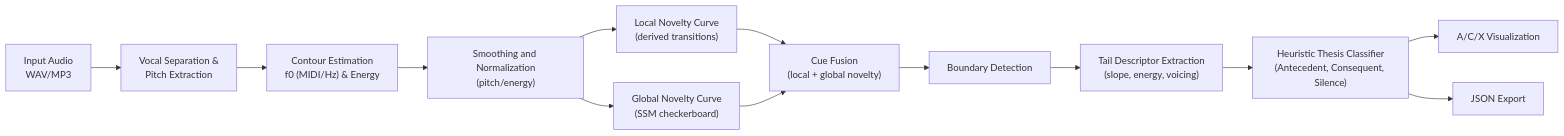
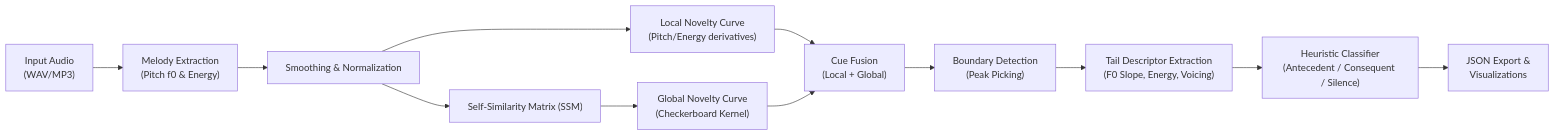
One commit to MarcoBrenis/MC-MSA changed the diagram in README.md. Above: the diagram before and after it, drawn with Mermaid. The commit also changed other lines of this file, not shown here.

Commit message:
Correct README flowchart stages and add detailed step-by-step descriptions

````diff
--- a/README.md
+++ b/README.md
@@ -240,15 +240,14 @@
 ```mermaid
 flowchart LR
-    A["Input Audio<br/>WAV/MP3"] --> B["Vocal Separation &<br/>Pitch Extraction"]
-    B --> C["Contour Estimation<br/>f0 (MIDI/Hz) & Energy"]
-    C --> D["Smoothing and Normalization<br/>(pitch/energy)"]
-    D --> E["Local Novelty Curve<br/>(derived transitions)"]
-    D --> F["Global Novelty Curve<br/>(SSM checkerboard)"]
-    E --> G["Cue Fusion<br/>(local + global novelty)"]
+    A["Input Audio<br/>(WAV/MP3)"] --> B["Melody Extraction<br/>(Pitch f0 & Energy)"]
+    B --> C["Smoothing & Normalization"]
+    C --> D["Local Novelty Curve<br/>(Pitch/Energy derivatives)"]
+    C --> E["Self-Similarity Matrix (SSM)"]
+    E --> F["Global Novelty Curve<br/>(Checkerboard Kernel)"]
+    D --> G["Cue Fusion<br/>(Local + Global)"]
     F --> G
-    G --> H["Boundary Detection"]
-    H --> I["Tail Descriptor Extraction<br/>(slope, energy, voicing)"]
-    I --> J["Heuristic Thesis Classifier<br/>(Antecedent, Consequent, Silence)"]
-    J --> K["A/C/X Visualization"]
-    J --> L["JSON Export"]
+    G --> H["Boundary Detection<br/>(Peak Picking)"]
+    H --> I["Tail Descriptor Extraction<br/>(F0 Slope, Energy, Voicing)"]
+    I --> J["Heuristic Classifier<br/>(Antecedent / Consequent / Silence)"]
+    J --> K["JSON Export &<br/>Visualizations"]
 ```
````
